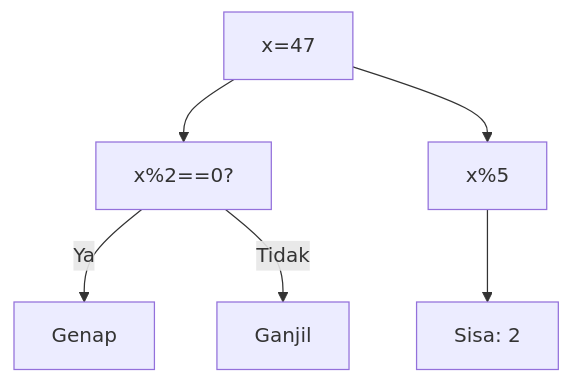
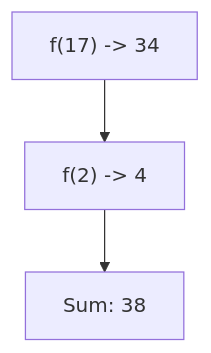
One commit to amnahwaida/OSNK_INF_PREP changed the ninth of 25 diagrams in part-c-pemahaman-cpp/04-fungsi/latihan/set-01.md. Above: the diagram before and after it, drawn with Mermaid. The commit also changed other lines of this file and 71 other files, not shown here.

````diff
--- a/part-c-pemahaman-cpp/04-fungsi/latihan/set-01.md
+++ b/part-c-pemahaman-cpp/04-fungsi/latihan/set-01.md
@@ -173,8 +233,5 @@
 ```mermaid
 graph TD
-A["x=47"] --> B["x%2==0?"]
-B -- Ya --> C["Genap"]
-B -- Tidak --> D["Ganjil"]
-A --> E["x%5"]
-E --> F["Sisa: 2"]
+A["f(17) -> 34"] --> B["f(2) -> 4"]
+B --> C["Sum: 38"]
 ```
````
